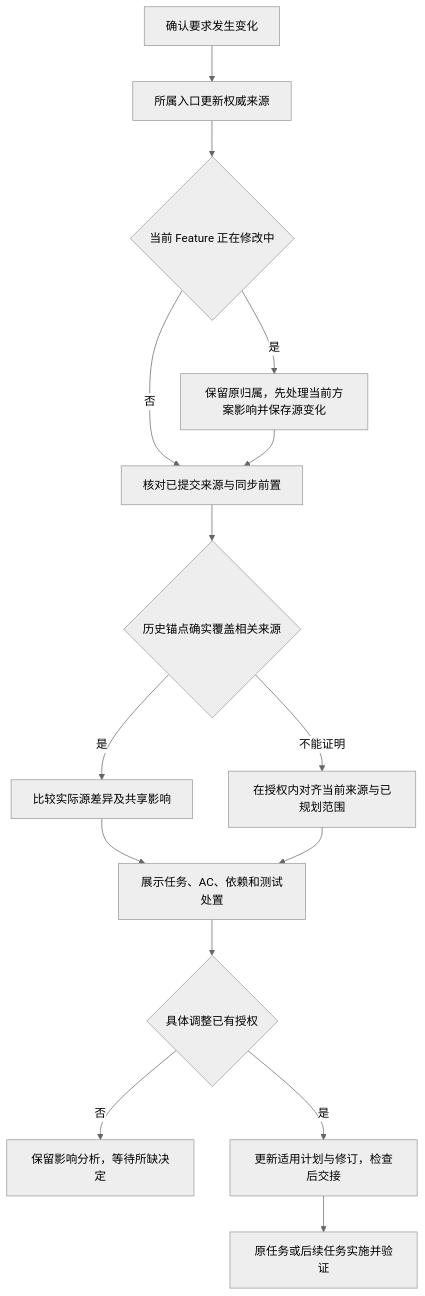
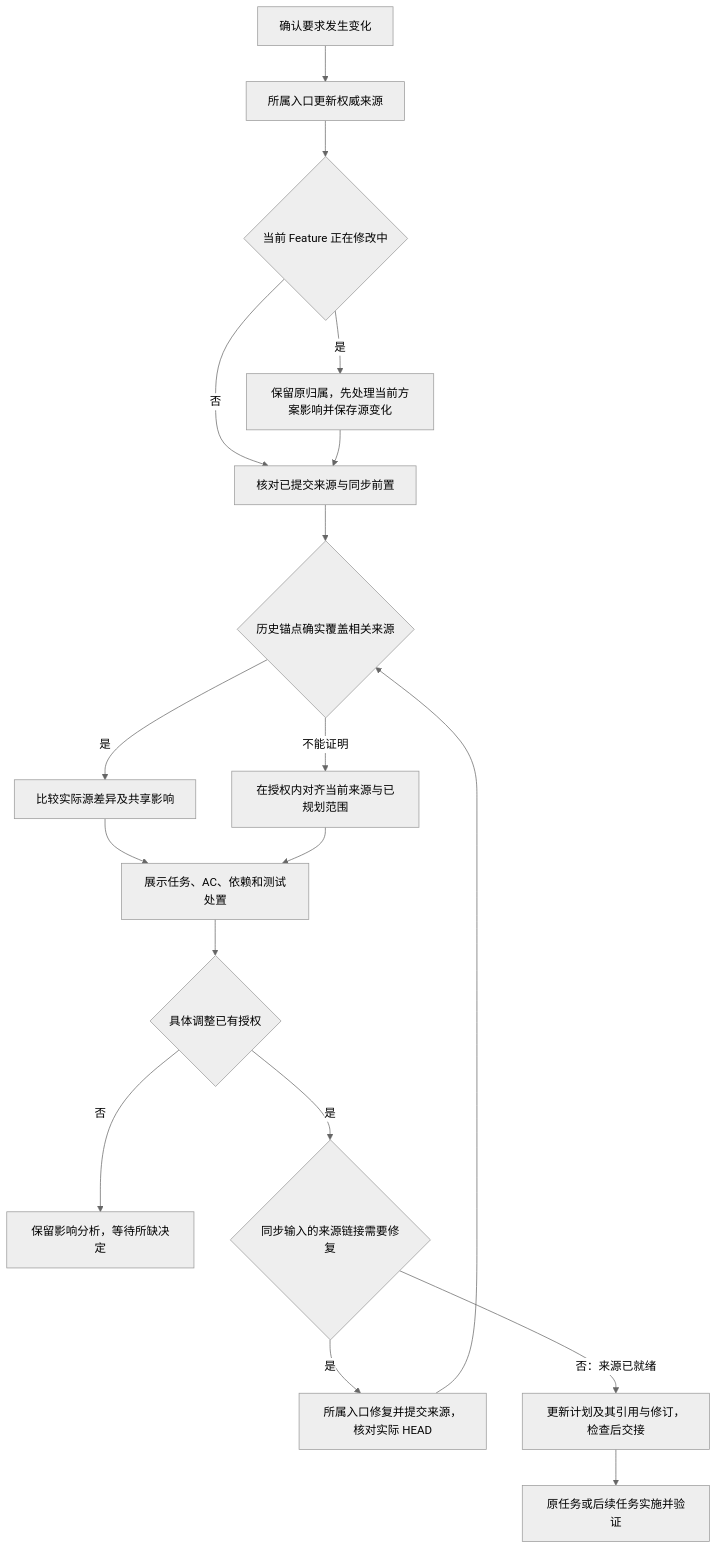
One commit to yxy823/Game_idle_yaya_frame changed the second of 4 diagrams in framework/docs/blank-project/guides/scenarios-requirements-design.md. Above: the diagram before and after it, drawn with Mermaid (neutral theme). The commit also changed other lines of this file and 6 other files, not shown here.

````diff
--- a/framework/docs/blank-project/guides/scenarios-requirements-design.md
+++ b/framework/docs/blank-project/guides/scenarios-requirements-design.md
@@ -57,17 +57,20 @@
 ```mermaid
 flowchart TD
     A[确认要求发生变化] --> B[所属入口更新权威来源]
     B --> C{当前 Feature 正在修改中}
     C -->|是| D[保留原归属，先处理当前方案影响并保存源变化]
     C -->|否| E[核对已提交来源与同步前置]
     D --> E
     E --> F{历史锚点确实覆盖相关来源}
     F -->|是| G[比较实际源差异及共享影响]
     F -->|不能证明| H[在授权内对齐当前来源与已规划范围]
     G --> I[展示任务、AC、依赖和测试处置]
     H --> I
     I --> J{具体调整已有授权}
     J -->|否| K[保留影响分析，等待所缺决定]
-    J -->|是| L[更新适用计划与修订，检查后交接]
+    J -->|是| Q{同步输入的来源链接需要修复}
+    Q -->|是| R[所属入口修复并提交来源，核对实际 HEAD]
+    R --> F
+    Q -->|否：来源已就绪| L[更新计划及其引用与修订，检查后交接]
     L --> M[原任务或后续任务实施并验证]
 ```
````
